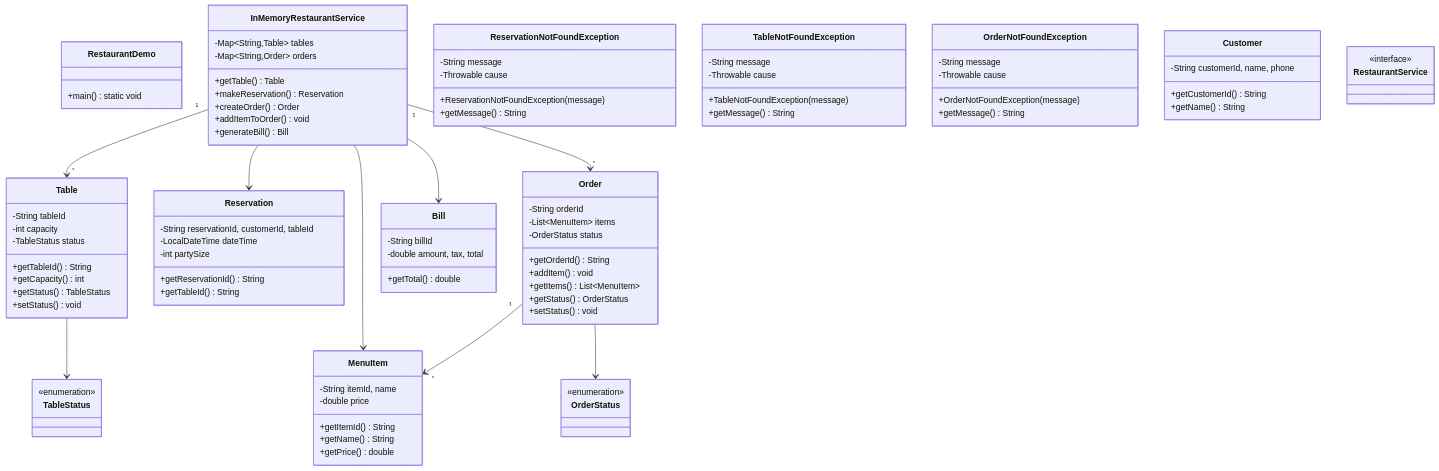
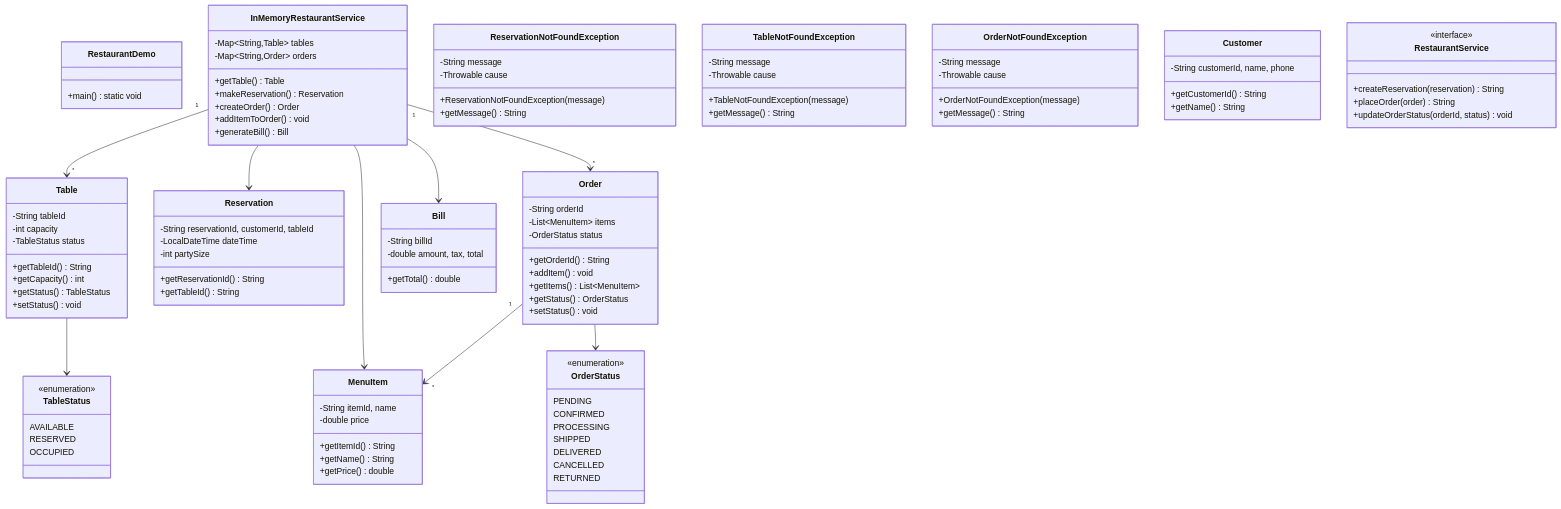
Before and after one commit to dlkr18/lld-playbook: the diagram in docs/problems/restaurant/README.md, drawn with Mermaid. The commit also changed 95 other files, not shown here.

```diff
--- a/docs/problems/restaurant/README.md
+++ b/docs/problems/restaurant/README.md
@@ -133,8 +133,16 @@
         +getTableId() String
     }
 
-    class OrderStatus
-    <<enumeration>> OrderStatus
+    class OrderStatus {
+        <<enumeration>>
+        PENDING
+        CONFIRMED
+        PROCESSING
+        SHIPPED
+        DELIVERED
+        CANCELLED
+        RETURNED
+    }
 
     class Table {
         -String tableId
@@ -154,8 +162,12 @@
         +getPrice() double
     }
 
-    class TableStatus
-    <<enumeration>> TableStatus
+    class TableStatus {
+        <<enumeration>>
+        AVAILABLE
+        RESERVED
+        OCCUPIED
+    }
 
     class Bill {
         -String billId
@@ -163,8 +175,12 @@
         +getTotal() double
     }
 
-    class RestaurantService
-    <<interface>> RestaurantService
+    class RestaurantService {
+        <<interface>>
+        +createReservation(reservation) String
+        +placeOrder(order) String
+        +updateOrderStatus(orderId, status) void
+    }
 
     Table --> TableStatus
     InMemoryRestaurantService "1" --> "*" Table
```
